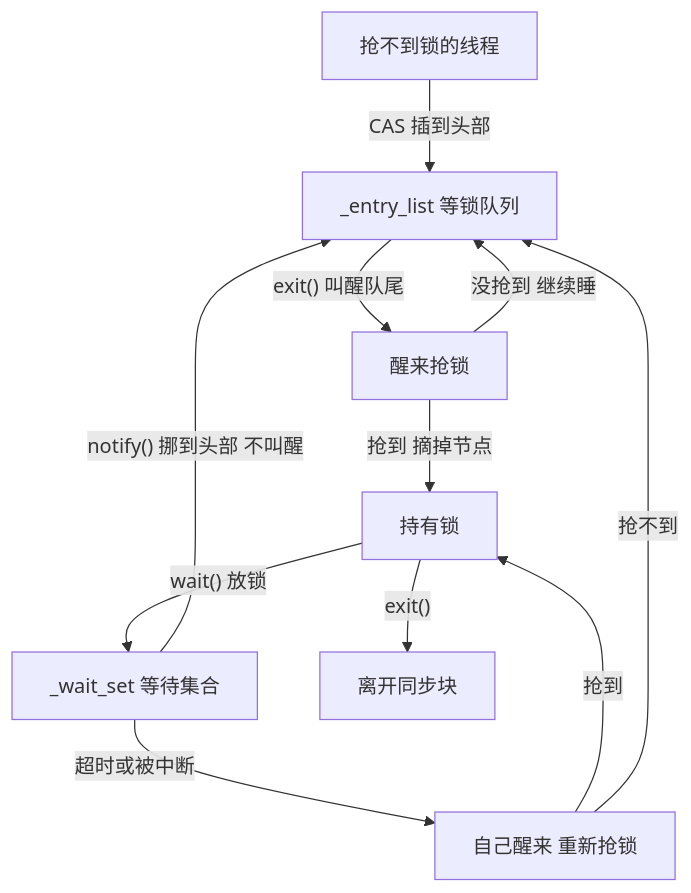
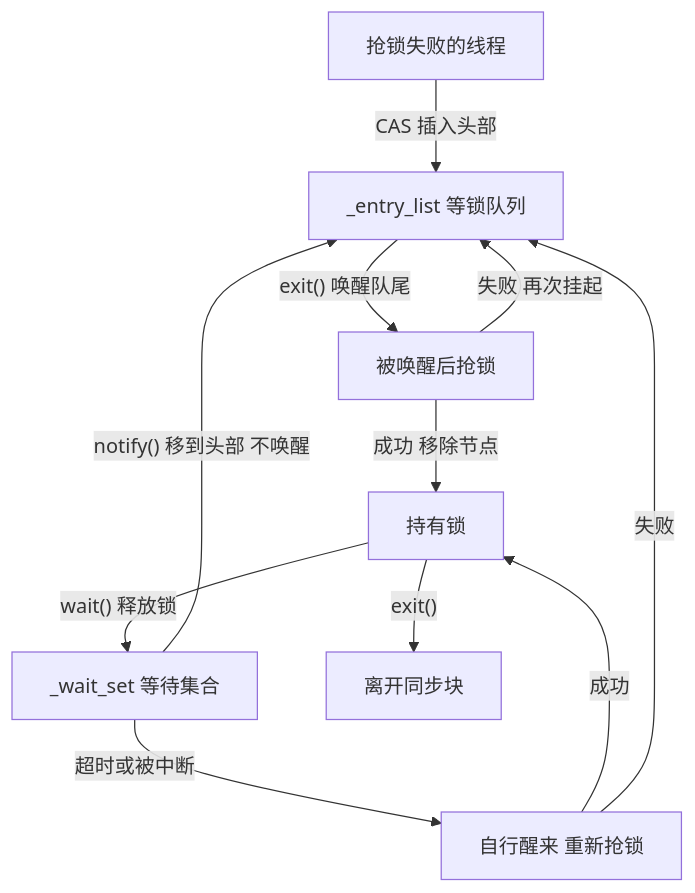
One commit to mamawai/mamawai.github.io changed the sixth of 6 diagrams in docs/java/concurrency/synchronized-lock-upgrade.md. Above: the diagram before and after it, drawn with Mermaid. The commit also changed other lines of this file and 1 other file, not shown here.

````diff
--- a/docs/java/concurrency/synchronized-lock-upgrade.md
+++ b/docs/java/concurrency/synchronized-lock-upgrade.md
@@ -520,13 +540,13 @@
 ```mermaid
 flowchart TD
-  NEW["抢不到锁的线程"] -->|CAS 插到头部| EL["_entry_list 等锁队列"]
-  EL -->|"exit() 叫醒队尾"| TRY["醒来抢锁"]
-  TRY -->|没抢到 继续睡| EL
-  TRY -->|抢到 摘掉节点| OWN["持有锁"]
-  OWN -->|"wait() 放锁"| WS["_wait_set 等待集合"]
-  WS -->|"notify() 挪到头部 不叫醒"| EL
-  WS -->|超时或被中断| AGAIN["自己醒来 重新抢锁"]
-  AGAIN -->|抢到| OWN
-  AGAIN -->|抢不到| EL
+  NEW["抢锁失败的线程"] -->|CAS 插入头部| EL["_entry_list 等锁队列"]
+  EL -->|"exit() 唤醒队尾"| TRY["被唤醒后抢锁"]
+  TRY -->|失败 再次挂起| EL
+  TRY -->|成功 移除节点| OWN["持有锁"]
+  OWN -->|"wait() 释放锁"| WS["_wait_set 等待集合"]
+  WS -->|"notify() 移到头部 不唤醒"| EL
+  WS -->|超时或被中断| AGAIN["自行醒来 重新抢锁"]
+  AGAIN -->|成功| OWN
+  AGAIN -->|失败| EL
   OWN -->|"exit()"| OUT["离开同步块"]
 ```
````
